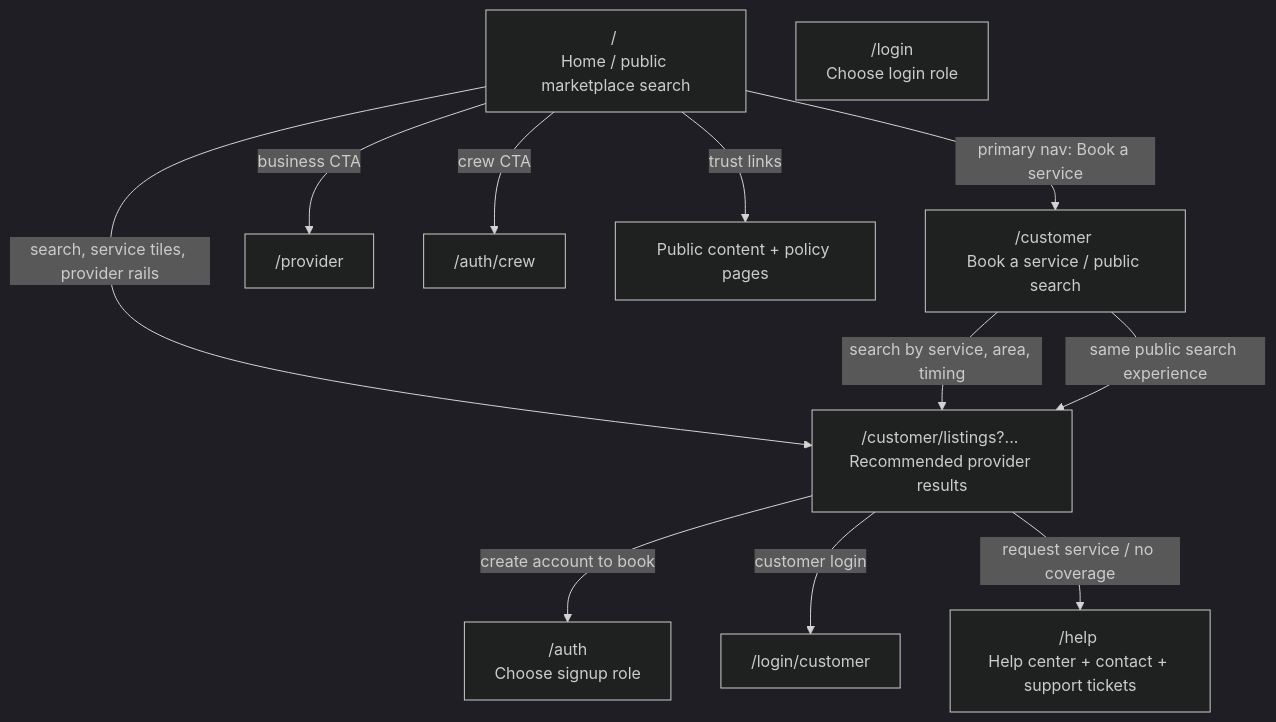
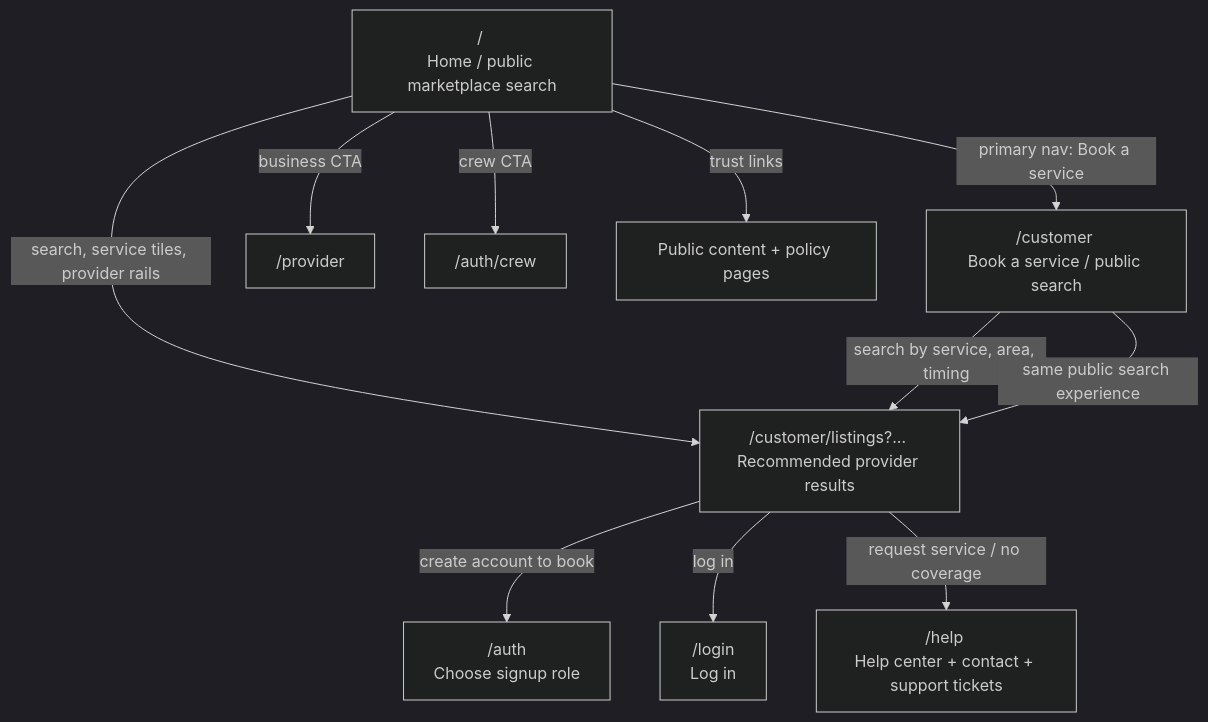
Before and after one commit to pkopps/ym: the first of 6 diagrams in PAGE_FLOW.md, drawn with Mermaid (dark theme). The commit also changed other lines of this file and 24 other files, not shown here.

````diff
--- a/PAGE_FLOW.md
+++ b/PAGE_FLOW.md
@@ -106,21 +103,21 @@
 ```mermaid
 flowchart TD
   home["/ <br/>Home / public marketplace search"]
   customer["/customer <br/>Book a service / public search"]
   listings["/customer/listings?... <br/>Recommended provider results"]
   auth["/auth <br/>Choose signup role"]
-  login["/login <br/>Choose login role"]
+  login["/login <br/>Log in"]
   help["/help <br/>Help center + contact + support tickets"]
 
   home -->|primary nav: Book a service| customer
   home -->|search, service tiles, provider rails| listings
   customer -->|search by service, area, timing| listings
   listings -->|create account to book| auth
-  listings -->|customer login| loginCustomer["/login/customer"]
+  listings -->|log in| login
   listings -->|request service / no coverage| help
 
   home -->|business CTA| provider["/provider"]
   home -->|crew CTA| authCrew["/auth/crew"]
   home -->|trust links| contentHub["Public content + policy pages"]
   customer -->|same public search experience| listings
 ```
````
